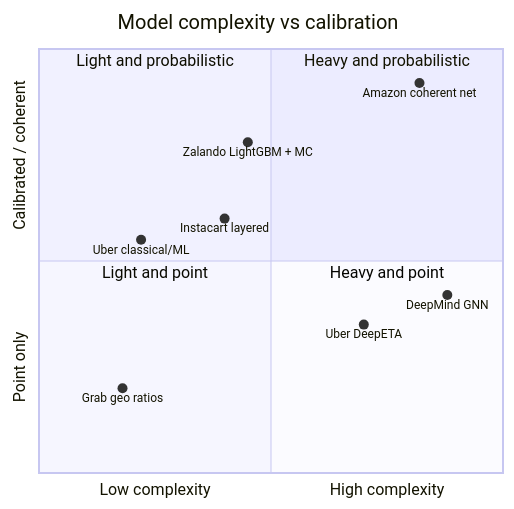
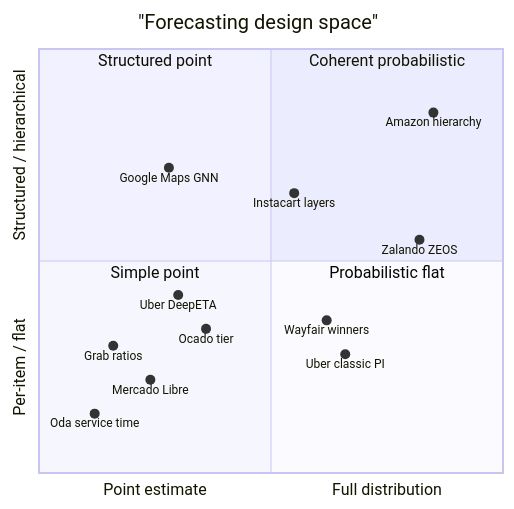
Before and after one commit to neurarch-ai/awesome-ml-system-design: diagram 24 of 36 in CASE-STUDIES.md, drawn with Mermaid. The commit also changed other lines of this file and 1 other file, not shown here.

First line of the commit message:
Refresh comparative diagrams + teardowns for the newly added cases

````diff
--- a/CASE-STUDIES.md
+++ b/CASE-STUDIES.md
@@ -973,17 +1008,21 @@
 ```mermaid
 quadrantChart
-  title Model complexity vs calibration
-  x-axis "Low complexity" --> "High complexity"
-  y-axis "Point only" --> "Calibrated / coherent"
-  quadrant-1 "Heavy and probabilistic"
-  quadrant-2 "Light and probabilistic"
-  quadrant-3 "Light and point"
-  quadrant-4 "Heavy and point"
-  "Uber classical/ML": [0.22, 0.55]
-  "Zalando LightGBM + MC": [0.45, 0.78]
-  "Amazon coherent net": [0.82, 0.92]
-  "Instacart layered": [0.4, 0.6]
-  "Uber DeepETA": [0.7, 0.35]
-  "DeepMind GNN": [0.88, 0.42]
-  "Grab geo ratios": [0.18, 0.2]
+  title "Forecasting design space"
+  x-axis "Point estimate" --> "Full distribution"
+  y-axis "Per-item / flat" --> "Structured / hierarchical"
+  quadrant-1 "Coherent probabilistic"
+  quadrant-2 "Structured point"
+  quadrant-3 "Simple point"
+  quadrant-4 "Probabilistic flat"
+  "Oda service time": [0.12, 0.14]
+  "Grab ratios": [0.16, 0.30]
+  "Mercado Libre": [0.24, 0.22]
+  "Uber DeepETA": [0.30, 0.42]
+  "Google Maps GNN": [0.28, 0.72]
+  "Ocado tier": [0.36, 0.34]
+  "Wayfair winners": [0.62, 0.36]
+  "Instacart layers": [0.55, 0.66]
+  "Uber classic PI": [0.66, 0.28]
+  "Zalando ZEOS": [0.82, 0.55]
+  "Amazon hierarchy": [0.85, 0.85]
 ```
````
